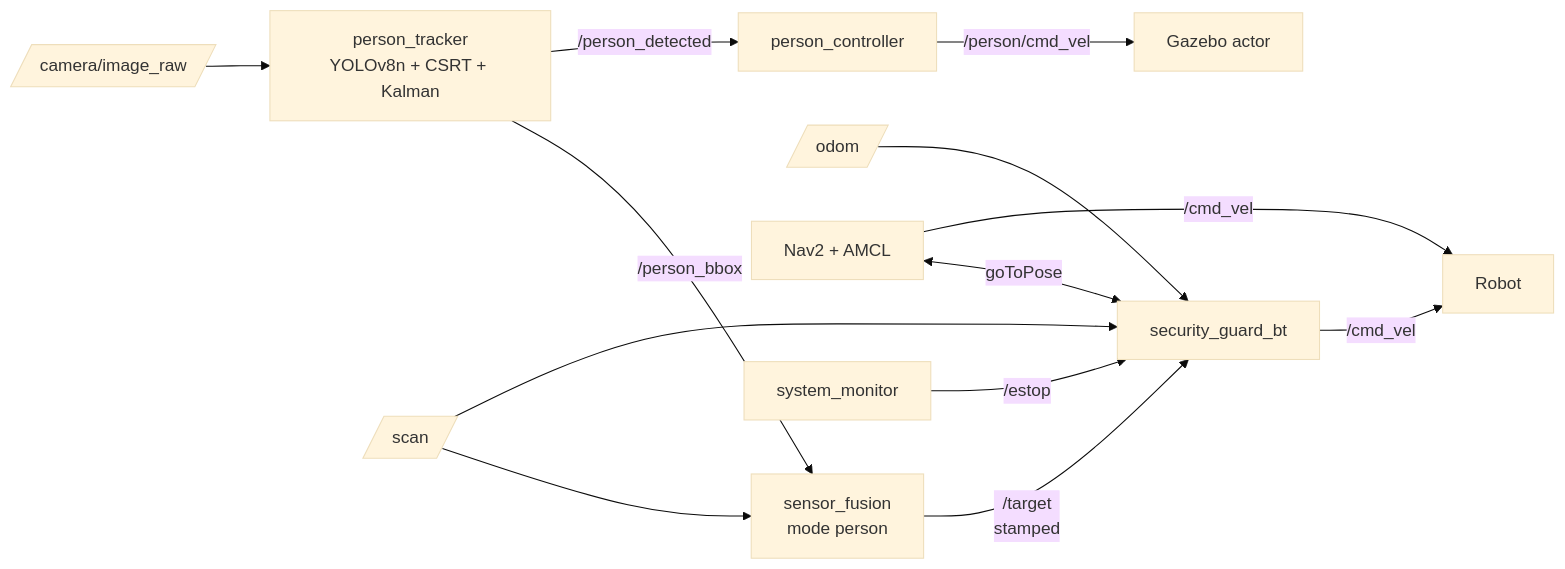
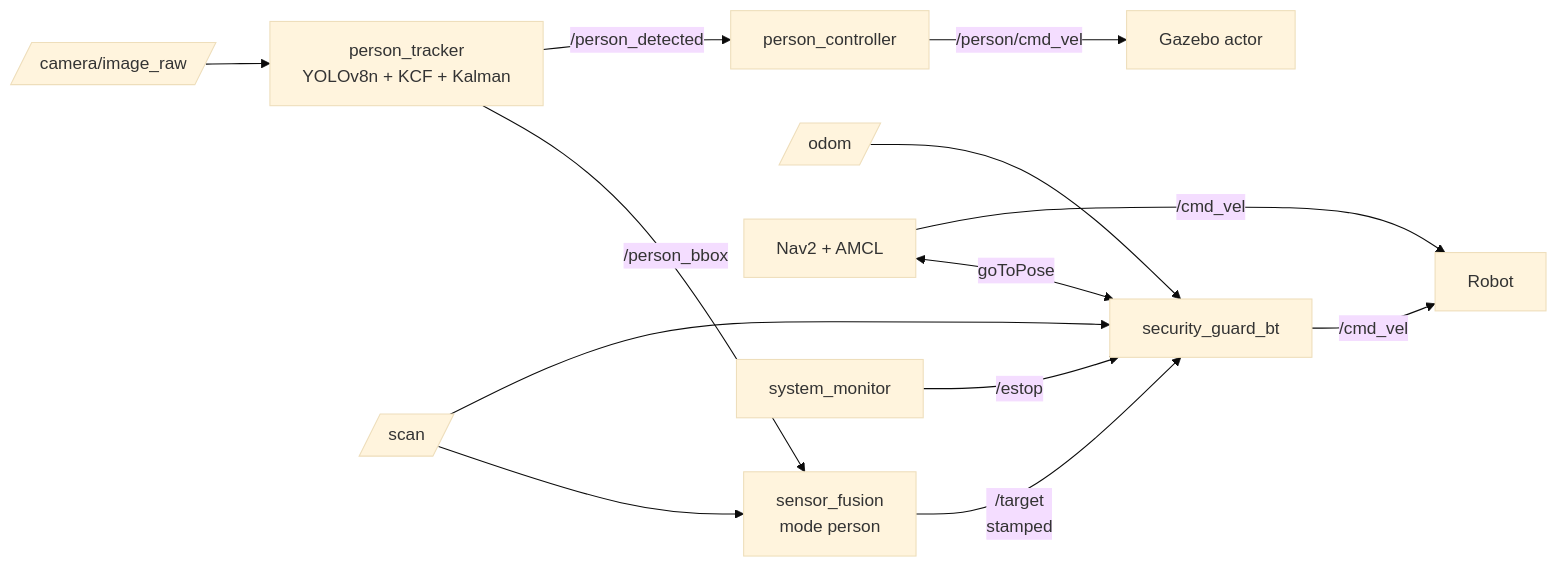
Before and after one commit to OrtizDiego/AutoNav_Sim: the diagram in README.md, drawn with Mermaid (base theme). The commit also changed other lines of this file and 19 other files, not shown here.

````diff
--- a/README.md
+++ b/README.md
@@ -68,15 +70,15 @@
 ```mermaid
 graph LR
-    CAM[/camera/image_raw/] --> PT[person_tracker<br/>YOLOv8n + CSRT + Kalman]
+    CAM[/camera/image_raw/] --> PT[person_tracker<br/>YOLOv8n + KCF + Kalman]
     PT -->|/person_bbox| SF[sensor_fusion<br/>mode person]
     SCAN[/scan/] --> SF
     SF -->|/target<br/>stamped| BT[security_guard_bt]
     SCAN --> BT
     ODOM[/odom/] --> BT
     NAV[Nav2 + AMCL] <-->|goToPose| BT
     BT -->|/cmd_vel| ROBOT[Robot]
     NAV -->|/cmd_vel| ROBOT
     PT -->|/person_detected| PC[person_controller]
     PC -->|/person/cmd_vel| ACTOR[Gazebo actor]
     SM[system_monitor] -->|/estop| BT
 ```
````
